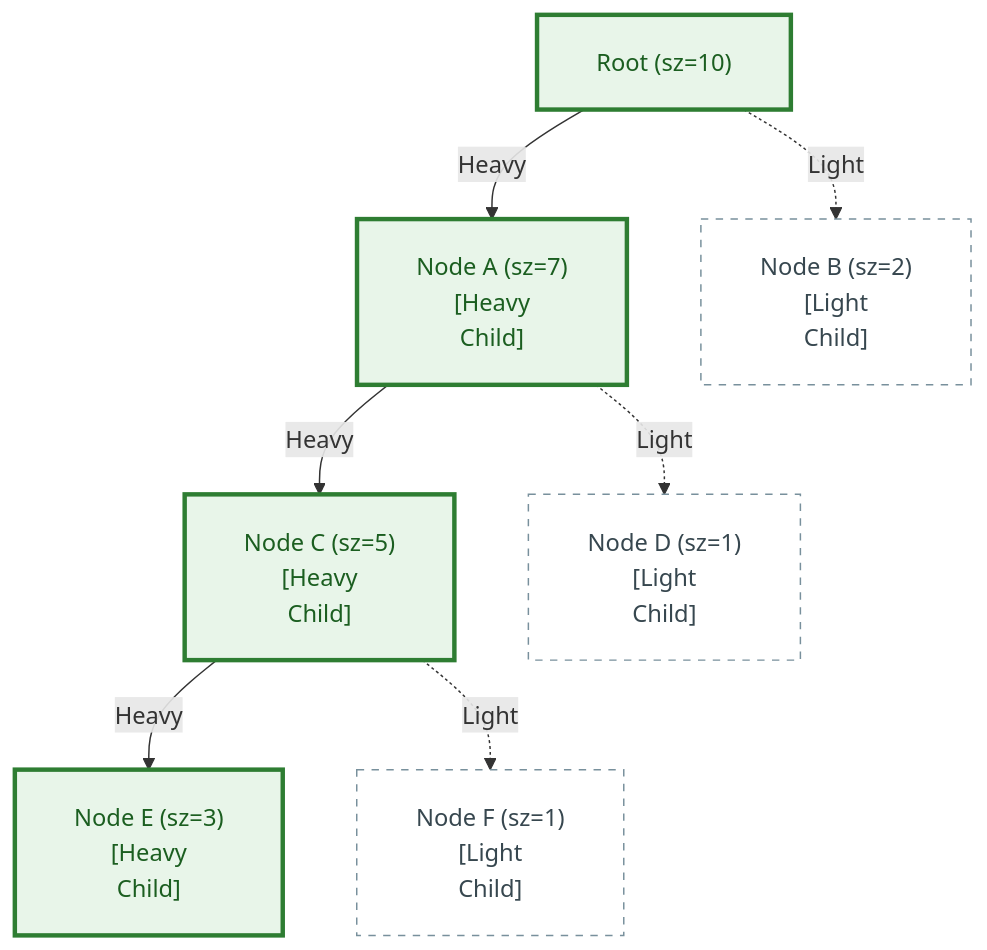
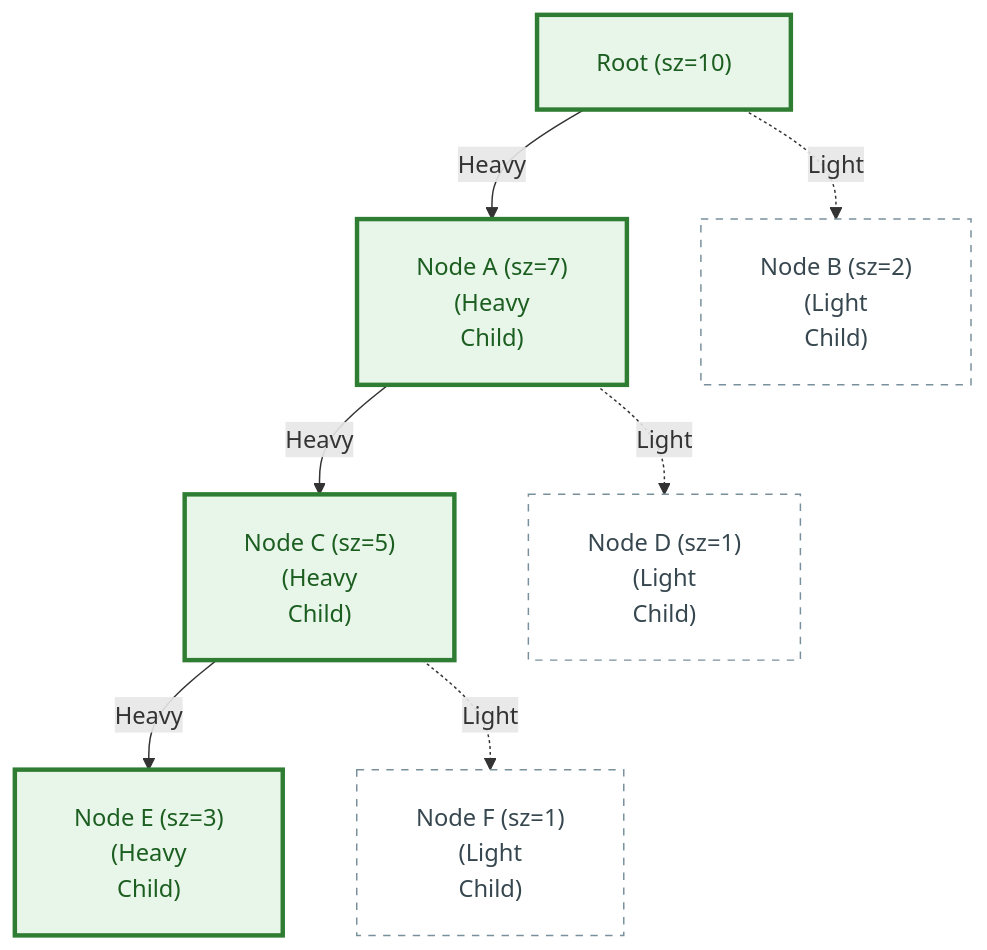
The diagram in week_18_probabilistic_ds_systems/Week_18_Visual_Concepts_Playbook_HYBRID.md (dip4k/DSA_102), drawn with Mermaid before and after one commit. The commit also changed 147 other files, not shown here.

First line of the commit message:
feat(curriculum): enrich Weeks 01-19 instructional modules & resolve repository-wide Mermaid cutoff

````diff
--- a/week_18_probabilistic_ds_systems/Week_18_Visual_Concepts_Playbook_HYBRID.md
+++ b/week_18_probabilistic_ds_systems/Week_18_Visual_Concepts_Playbook_HYBRID.md
@@ -120,22 +120,22 @@
 ```mermaid
 %%{init: {"flowchart": {"htmlLabels": true, "padding": 20}, "themeCSS": "foreignObject { overflow: visible !important; }"}}%%
 flowchart TD
     classDef heavy fill:#e8f5e9,stroke:#2e7d32,stroke-width:3px,color:#1b5e20
     classDef light fill:#ffffff,stroke:#78909c,stroke-width:1px,stroke-dasharray: 5 5,color:#37474f
 
     R["Root (sz=10)"]:::heavy
-    A["Node A (sz=7)<br/>[Heavy<br/>Child]"]:::heavy
-    B["Node B (sz=2)<br/>[Light<br/>Child]"]:::light
+    A["Node A (sz=7)<br/>(Heavy<br/>Child)"]:::heavy
+    B["Node B (sz=2)<br/>(Light<br/>Child)"]:::light
     R -->|Heavy| A
     R -.->|Light| B
 
-    C["Node C (sz=5)<br/>[Heavy<br/>Child]"]:::heavy
-    D["Node D (sz=1)<br/>[Light<br/>Child]"]:::light
+    C["Node C (sz=5)<br/>(Heavy<br/>Child)"]:::heavy
+    D["Node D (sz=1)<br/>(Light<br/>Child)"]:::light
     A -->|Heavy| C
     A -.->|Light| D
 
-    E["Node E (sz=3)<br/>[Heavy<br/>Child]"]:::heavy
-    F["Node F (sz=1)<br/>[Light<br/>Child]"]:::light
+    E["Node E (sz=3)<br/>(Heavy<br/>Child)"]:::heavy
+    F["Node F (sz=1)<br/>(Light<br/>Child)"]:::light
     C -->|Heavy| E
     C -.->|Light| F
 ```
````
